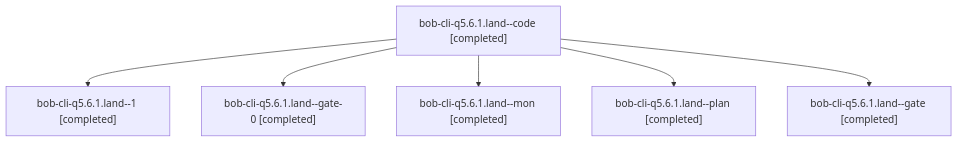
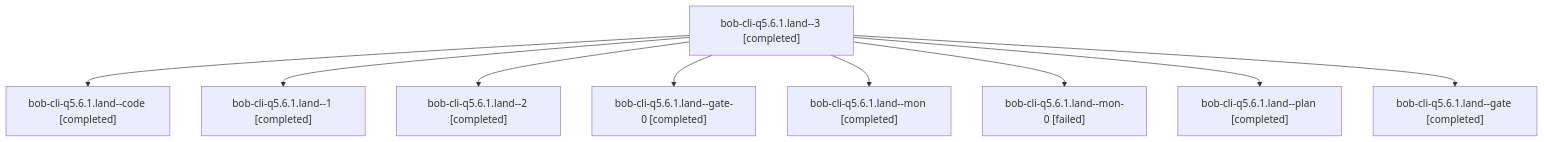
The diagram in sessions/bbugyi200.athena.bob-cli-q5.6.1.land.md (bobs-org/bob-cli--agents), drawn with Mermaid before and after one commit. The commit also changed other lines of this file and 300 other files, not shown here.

````diff
--- a/sessions/bbugyi200.athena.bob-cli-q5.6.1.land.md
+++ b/sessions/bbugyi200.athena.bob-cli-q5.6.1.land.md
@@ -9,14 +9,20 @@
 ```mermaid
 flowchart TD
-  n0["bob-cli-q5.6.1.land--code [completed]"]
-  n1["bob-cli-q5.6.1.land--1 [completed]"]
+  n0["bob-cli-q5.6.1.land--3 [completed]"]
+  n1["bob-cli-q5.6.1.land--code [completed]"]
   n0 --> n1
-  n2["bob-cli-q5.6.1.land--gate-0 [completed]"]
+  n2["bob-cli-q5.6.1.land--1 [completed]"]
   n0 --> n2
-  n3["bob-cli-q5.6.1.land--mon [completed]"]
+  n3["bob-cli-q5.6.1.land--2 [completed]"]
   n0 --> n3
-  n4["bob-cli-q5.6.1.land--plan [completed]"]
+  n4["bob-cli-q5.6.1.land--gate-0 [completed]"]
   n0 --> n4
-  n5["bob-cli-q5.6.1.land--gate [completed]"]
+  n5["bob-cli-q5.6.1.land--mon [completed]"]
   n0 --> n5
+  n6["bob-cli-q5.6.1.land--mon-0 [failed]"]
+  n0 --> n6
+  n7["bob-cli-q5.6.1.land--plan [completed]"]
+  n0 --> n7
+  n8["bob-cli-q5.6.1.land--gate [completed]"]
+  n0 --> n8
 ```
````
